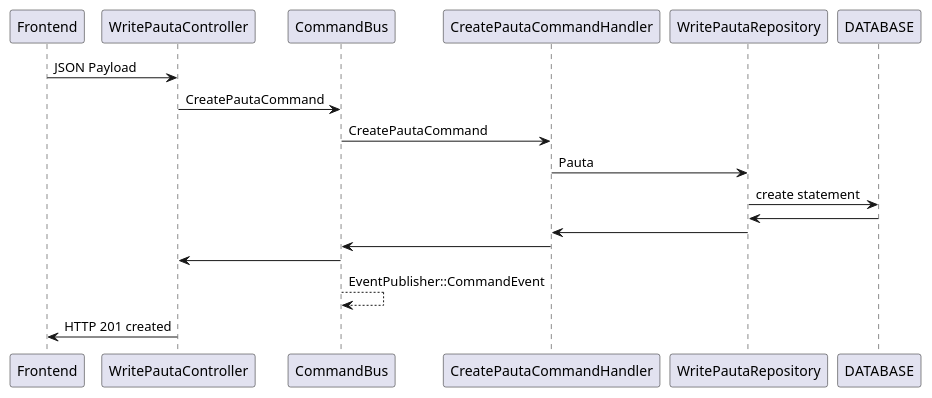
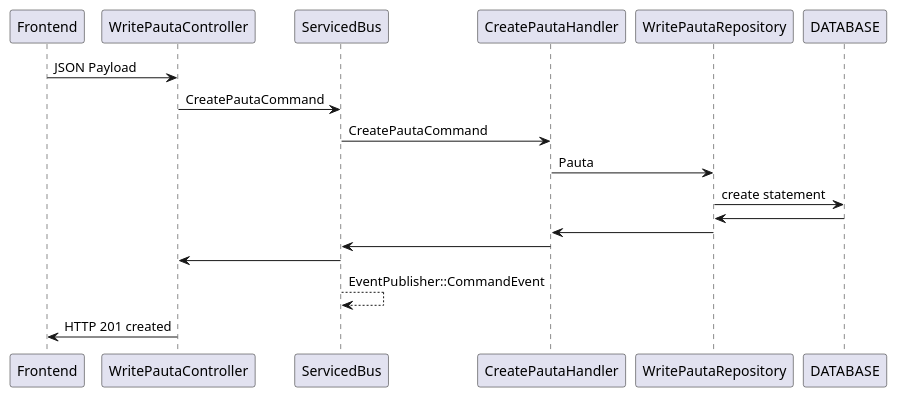
The diagram in src/01-write-created-pautas.puml (edilsonnascimento/assembleiaCooperados), drawn with PlantUML before and after one commit. The commit also changed 1 other file, not shown here.

```diff
--- a/src/01-write-created-pautas.puml
+++ b/src/01-write-created-pautas.puml
@@ -1,13 +1,13 @@
 @startuml
 Frontend -> WritePautaController: JSON Payload
-WritePautaController -> CommandBus: CreatePautaCommand
-CommandBus -> CreatePautaCommandHandler: CreatePautaCommand
-CreatePautaCommandHandler -> WritePautaRepository: Pauta
+WritePautaController -> ServicedBus: CreatePautaCommand
+ServicedBus -> CreatePautaHandler: CreatePautaCommand
+CreatePautaHandler -> WritePautaRepository: Pauta
 WritePautaRepository -> DATABASE: create statement
 DATABASE -> WritePautaRepository
-WritePautaRepository -> CreatePautaCommandHandler
-CreatePautaCommandHandler -> CommandBus
-CommandBus -> WritePautaController
-CommandBus --> CommandBus: EventPublisher::CommandEvent
+WritePautaRepository -> CreatePautaHandler
+CreatePautaHandler -> ServicedBus
+ServicedBus -> WritePautaController
+ServicedBus --> ServicedBus: EventPublisher::CommandEvent
 WritePautaController -> Frontend: HTTP 201 created
 @enduml
```
